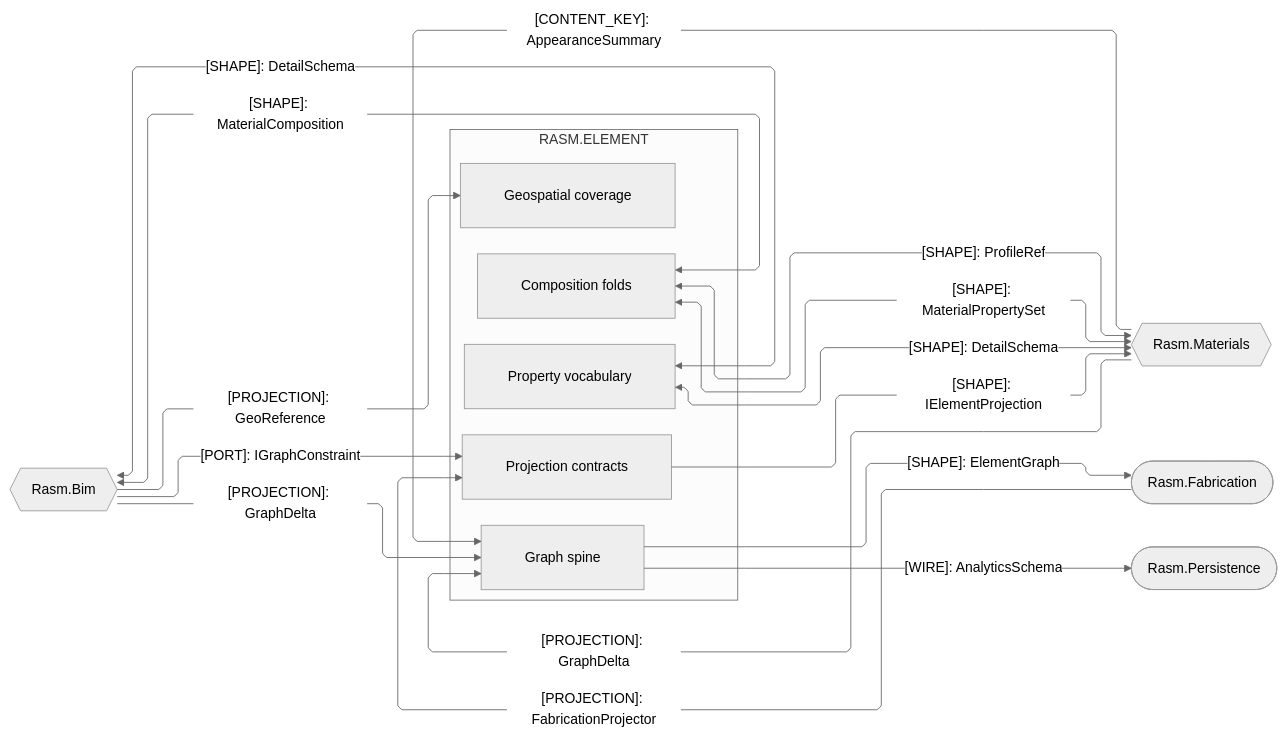
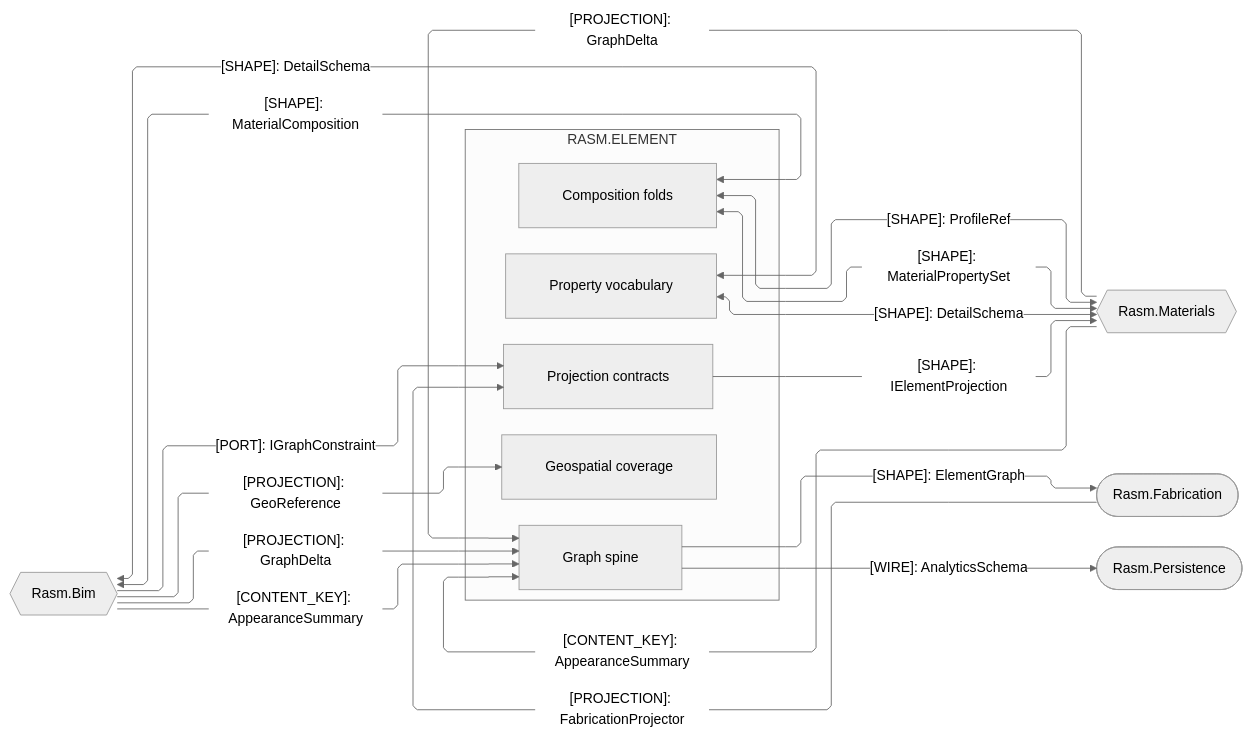
Before and after one commit to bsamiee/Rasm: the second of 3 diagrams in libs/csharp/Rasm.Element/ARCHITECTURE.md, drawn with Mermaid (neutral theme). The commit also changed 65 other files, not shown here.

````diff
--- a/libs/csharp/Rasm.Element/ARCHITECTURE.md
+++ b/libs/csharp/Rasm.Element/ARCHITECTURE.md
@@ -124,37 +124,38 @@
 ```mermaid
 ---
 config:
   layout: elk
   flowchart:
     curve: linear
     padding: 25
 ---
 flowchart LR
     accTitle: Element AEC-domain projection seams
     accDescr: Element sub-domain owners exchanging projections and neutral shapes with the AEC peers Bim, Materials, and Fabrication and handing columnar row schemas to the Persistence custodian, one edge per contract family mirrored on the counterpart folder.
     subgraph element[RASM.ELEMENT]
         Graph[Graph spine]
         Projection[Projection contracts]
         Composition[Composition folds]
         Properties[Property vocabulary]
         Geospatial[Geospatial coverage]
     end
     Bim{{Rasm.Bim}}
     Materials{{Rasm.Materials}}
     Fabrication([Rasm.Fabrication])
     Persistence([Rasm.Persistence])
     Bim -->|"[PROJECTION]: GraphDelta"| Graph
     Materials -->|"[PROJECTION]: GraphDelta"| Graph
     Graph -->|"[SHAPE]: ElementGraph"| Fabrication
     Graph -->|"[WIRE]: AnalyticsSchema"| Persistence
     Bim -->|"[PORT]: IGraphConstraint"| Projection
     Fabrication -->|"[PROJECTION]: FabricationProjector"| Projection
     Projection -->|"[SHAPE]: IElementProjection"| Materials
     Composition <-->|"[SHAPE]: MaterialComposition"| Bim
     Composition <-->|"[SHAPE]: ProfileRef"| Materials
     Composition <-->|"[SHAPE]: MaterialPropertySet"| Materials
     Materials -->|"[CONTENT_KEY]: AppearanceSummary"| Graph
+    Bim -->|"[CONTENT_KEY]: AppearanceSummary"| Graph
     Properties <-->|"[SHAPE]: DetailSchema"| Bim
     Properties <-->|"[SHAPE]: DetailSchema"| Materials
     Bim -->|"[PROJECTION]: GeoReference"| Geospatial
 ```
````
